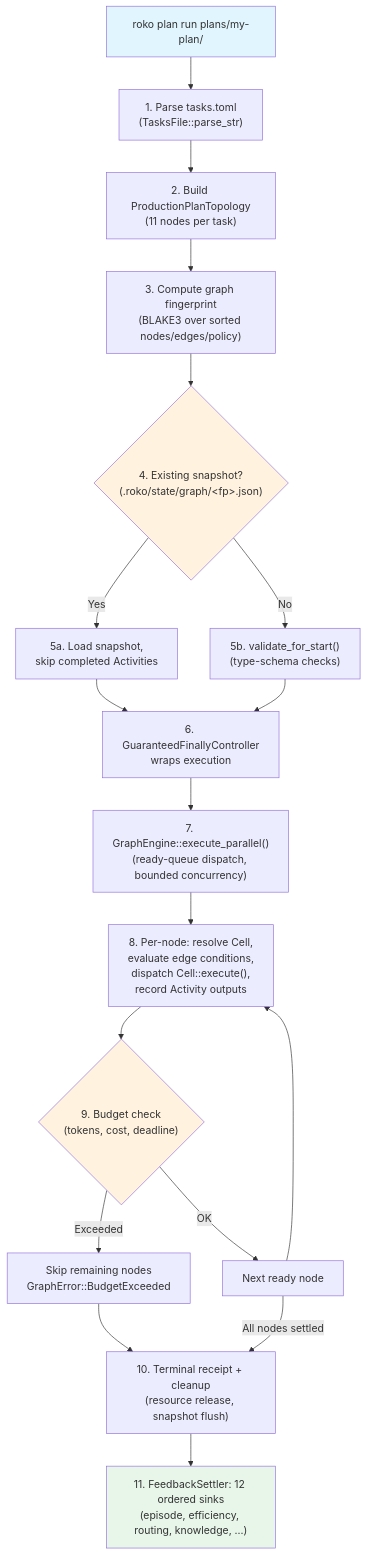
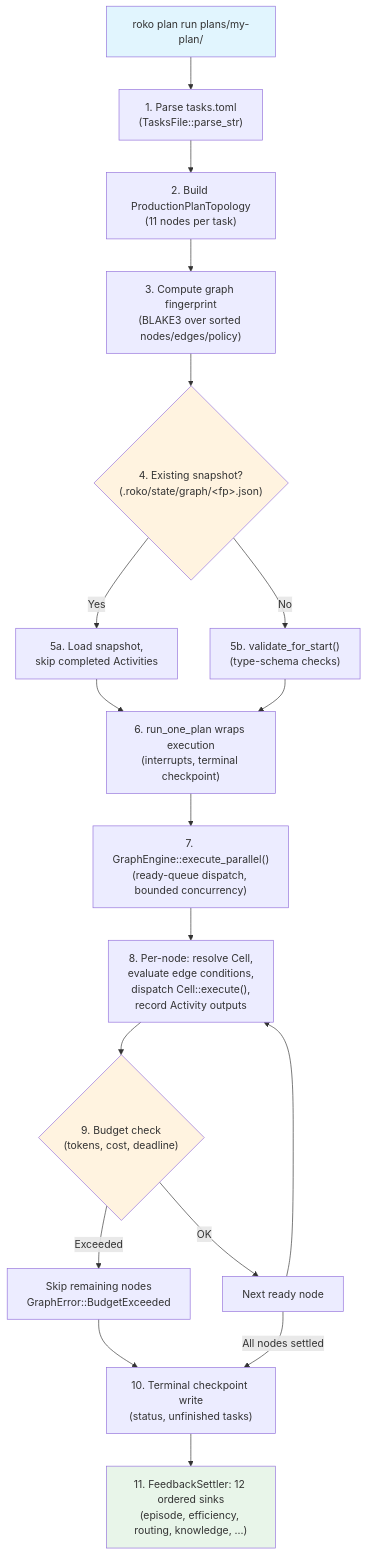
One commit to wpank/roko changed the second of 6 diagrams in docs/v3/03-GRAPH.md. Above: the diagram before and after it, drawn with Mermaid. The commit also changed other lines of this file and 22 other files, not shown here.

First line of the commit message:
graph: delete the never-compiled finally controller and stop docs calling it wired

````diff
--- a/docs/v3/03-GRAPH.md
+++ b/docs/v3/03-GRAPH.md
@@ -341,25 +341,25 @@
 ```mermaid
 flowchart TD
     CLI["roko plan run plans/my-plan/"] --> Parse["1. Parse tasks.toml<br/>(TasksFile::parse_str)"]
     Parse --> Topology["2. Build ProductionPlanTopology<br/>(11 nodes per task)"]
     Topology --> Fingerprint["3. Compute graph fingerprint<br/>(BLAKE3 over sorted nodes/edges/policy)"]
     Fingerprint --> CheckSnap{"4. Existing snapshot?<br/>(.roko/state/graph/&lt;fp&gt;.json)"}
     CheckSnap -->|Yes| Resume["5a. Load snapshot,<br/>skip completed Activities"]
     CheckSnap -->|No| Validate["5b. validate_for_start()<br/>(type-schema checks)"]
-    Resume --> Finally["6. GuaranteedFinallyController<br/>wraps execution"]
+    Resume --> Finally["6. run_one_plan wraps execution<br/>(interrupts, terminal checkpoint)"]
     Validate --> Finally
     Finally --> Execute["7. GraphEngine::execute_parallel()<br/>(ready-queue dispatch, bounded concurrency)"]
     Execute --> PerNode["8. Per-node: resolve Cell,<br/>evaluate edge conditions,<br/>dispatch Cell::execute(),<br/>record Activity outputs"]
     PerNode --> Budget{"9. Budget check<br/>(tokens, cost, deadline)"}
     Budget -->|Exceeded| Skip["Skip remaining nodes<br/>GraphError::BudgetExceeded"]
     Budget -->|OK| NextNode["Next ready node"]
     NextNode --> PerNode
-    Skip --> Receipt["10. Terminal receipt + cleanup<br/>(resource release, snapshot flush)"]
+    Skip --> Receipt["10. Terminal checkpoint write<br/>(status, unfinished tasks)"]
     NextNode -->|All nodes settled| Receipt
     Receipt --> Feedback["11. FeedbackSettler: 12 ordered sinks<br/>(episode, efficiency, routing, knowledge, ...)"]
 
     style CLI fill:#e1f5fe
     style CheckSnap fill:#fff3e0
     style Budget fill:#fff3e0
     style Feedback fill:#e8f5e9
 ```
````
